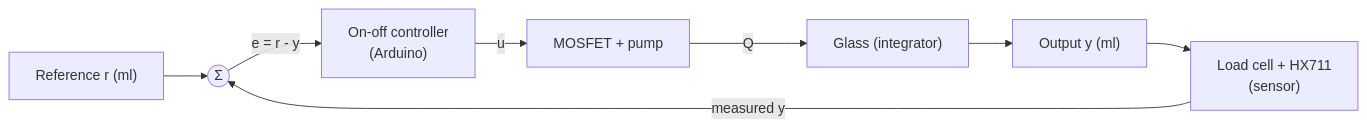
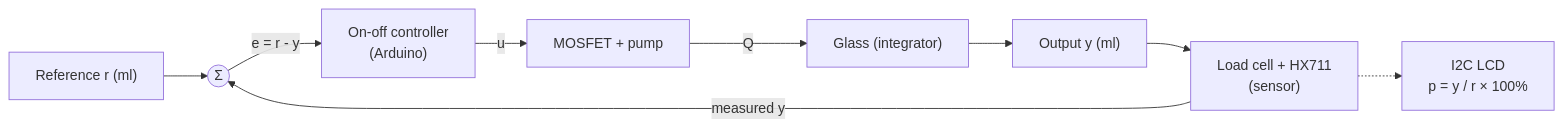
One commit to Rollie321/acads-notes changed the second of 3 diagrams in Feedback/Finals/Project/project-1/overview.md. Above: the diagram before and after it, drawn with Mermaid. The commit also changed other lines of this file and 4 other files, not shown here.

````diff
--- a/Feedback/Finals/Project/project-1/overview.md
+++ b/Feedback/Finals/Project/project-1/overview.md
@@ -54,10 +68,11 @@
 ```mermaid
 flowchart LR
     R["Reference r (ml)"] --> S(("Σ"))
     S -->|"e = r - y"| C["On-off controller<br/>(Arduino)"]
     C -->|"u"| A["MOSFET + pump"]
     A -->|"Q"| G["Glass (integrator)"]
     G --> Y["Output y (ml)"]
     Y --> M["Load cell + HX711<br/>(sensor)"]
     M -->|"measured y"| S
+    M -.-> LCD["I2C LCD<br/>p = y / r × 100%"]
 ```
````
